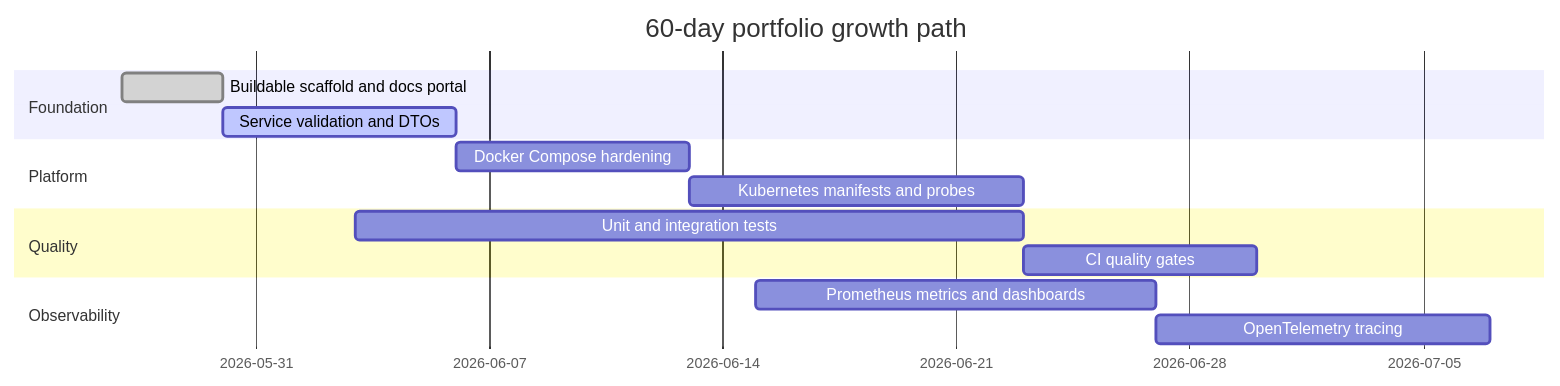
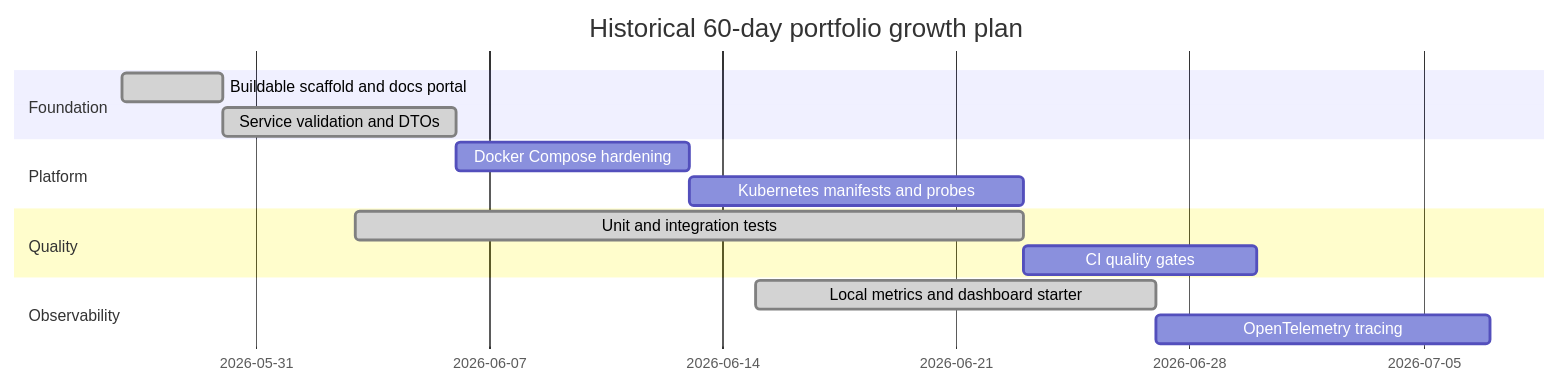
Before and after one commit to J4vedskh/finbank-microservices-lab: the diagram in docs/roadmap.md, drawn with Mermaid.

Commit message:
Align FinBank roadmap with delivered scope (#38)
Correct the historical roadmap status for delivered API, test, and local observability milestones without changing held platform work.

````diff
--- a/docs/roadmap.md
+++ b/docs/roadmap.md
@@ -6,17 +6,17 @@
 ```mermaid
 gantt
-    title 60-day portfolio growth path
+    title Historical 60-day portfolio growth plan
     dateFormat  YYYY-MM-DD
     section Foundation
     Buildable scaffold and docs portal      :done, foundation, 2026-05-27, 3d
-    Service validation and DTOs             :active, dto, 2026-05-30, 7d
+    Service validation and DTOs             :done, dto, 2026-05-30, 7d
     section Platform
     Docker Compose hardening                :compose, after dto, 7d
     Kubernetes manifests and probes         :k8s, after compose, 10d
     section Quality
-    Unit and integration tests              :tests, 2026-06-03, 20d
+    Unit and integration tests              :done, tests, 2026-06-03, 20d
     CI quality gates                        :ci, after tests, 7d
     section Observability
-    Prometheus metrics and dashboards       :metrics, 2026-06-15, 12d
+    Local metrics and dashboard starter     :done, metrics, 2026-06-15, 12d
     OpenTelemetry tracing                   :tracing, after metrics, 10d
 ```
````
